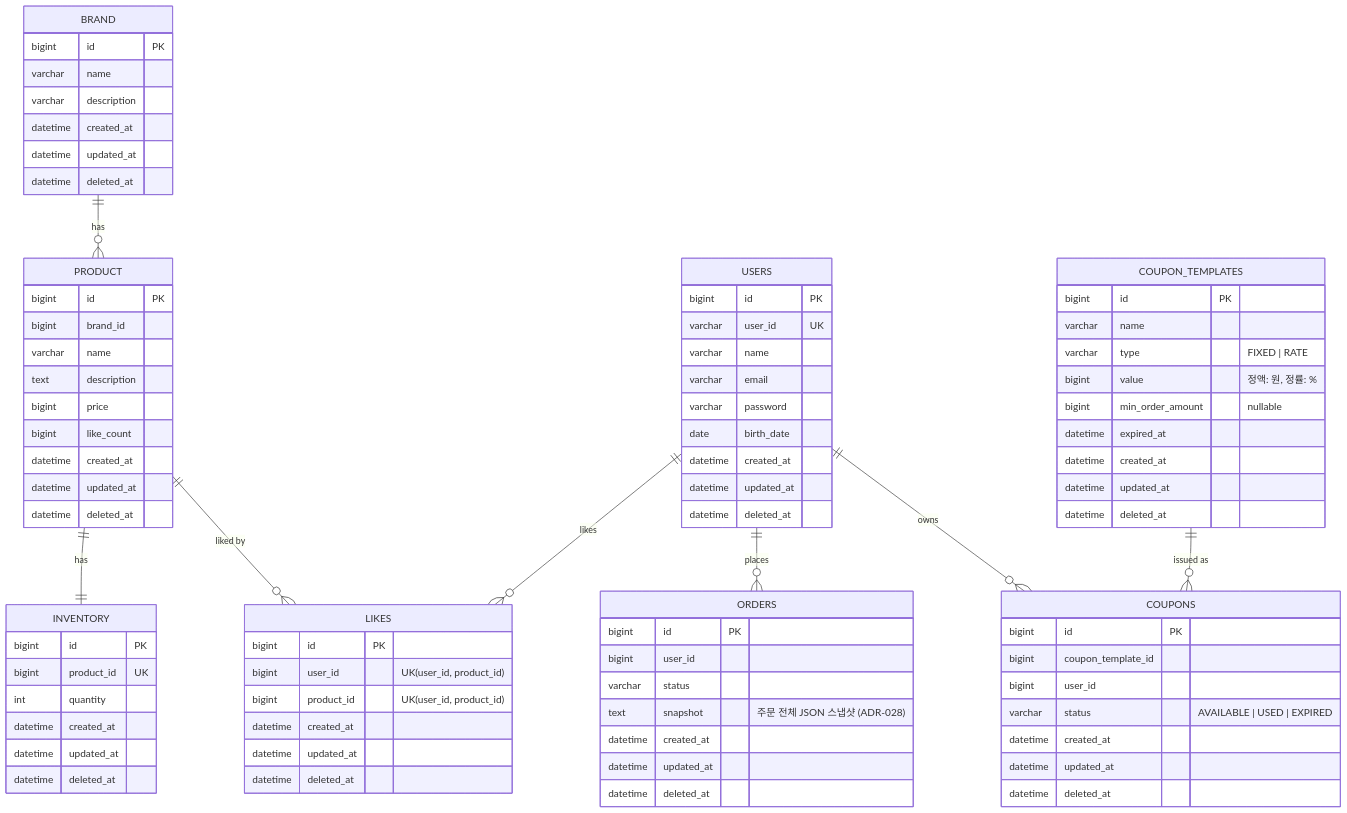
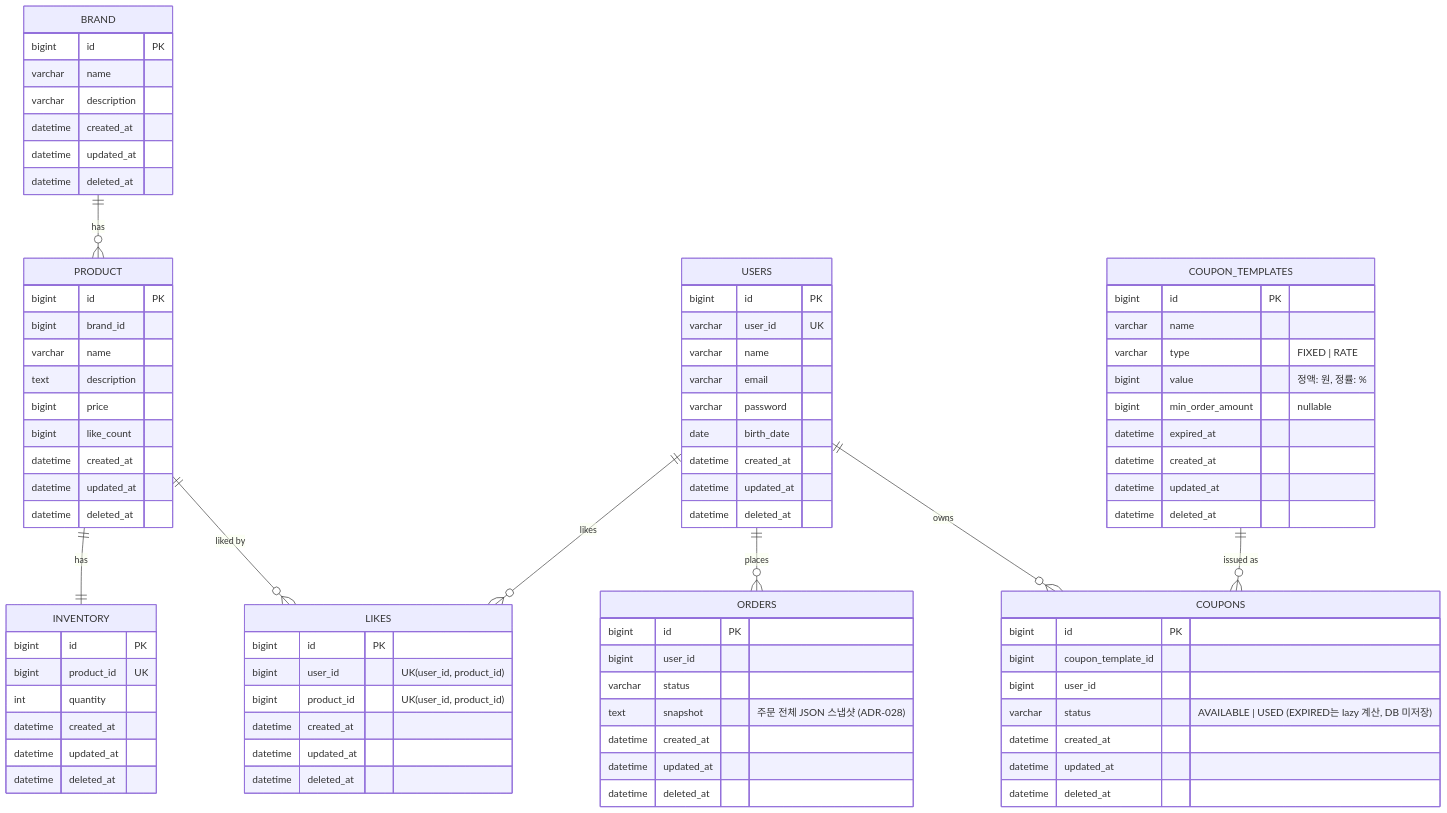
One commit to Hangju0610/loop-pack-be-l2-vol4-java changed the diagram in docs/04-erd.md. Above: the diagram before and after it, drawn with Mermaid. The commit also changed 7 other files, not shown here.

```diff
--- a/docs/04-erd.md
+++ b/docs/04-erd.md
@@ -81,7 +81,7 @@
         bigint id PK
         bigint coupon_template_id
         bigint user_id
-        varchar status "AVAILABLE | USED | EXPIRED"
+        varchar status "AVAILABLE | USED (EXPIRED는 lazy 계산, DB 미저장)"
         datetime created_at
         datetime updated_at
         datetime deleted_at
```
